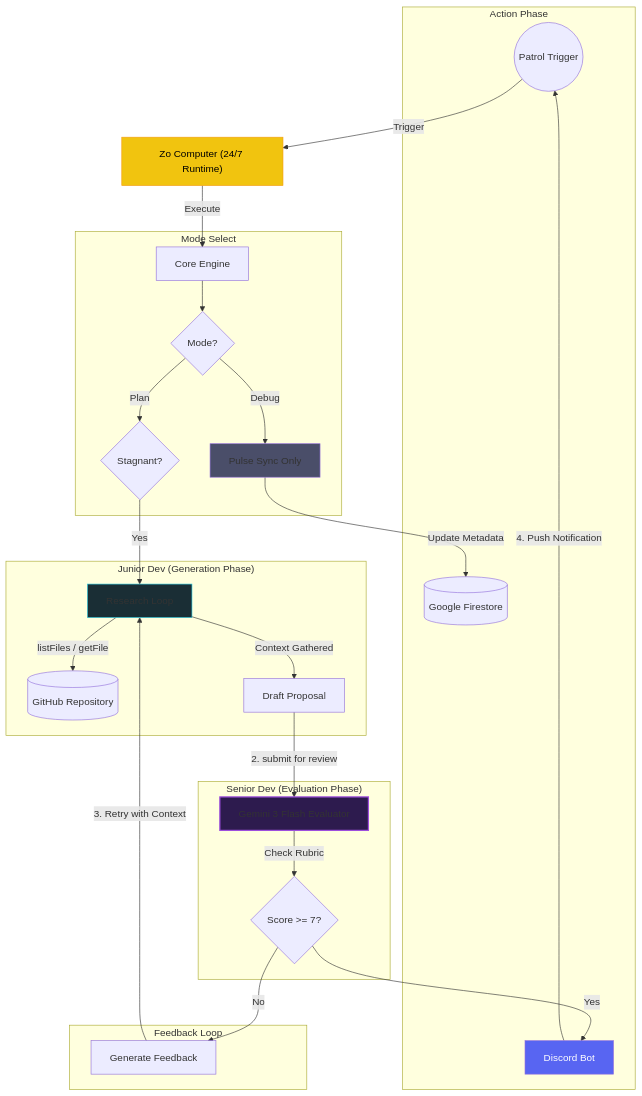
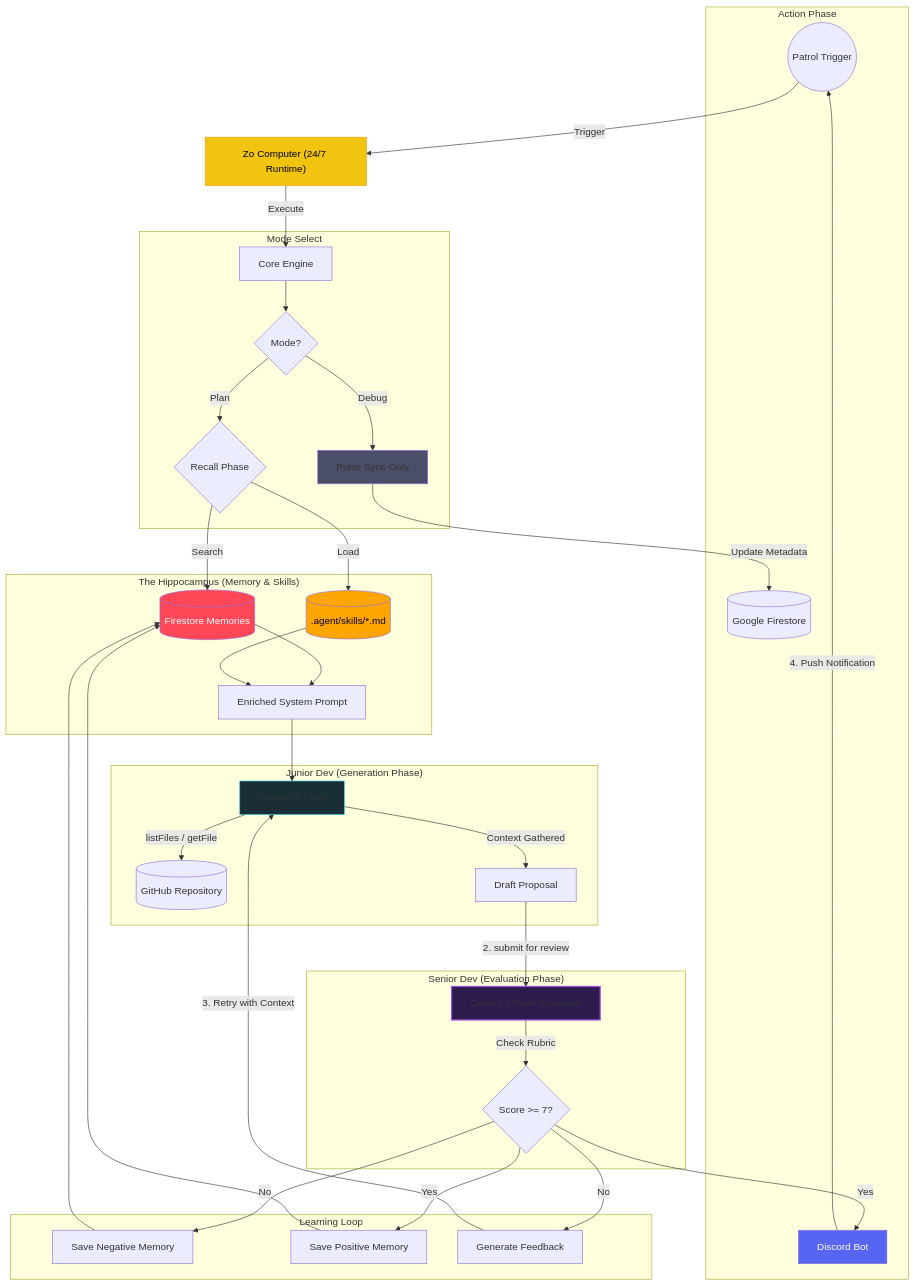
The first of 2 diagrams in README.md (nashy3k/momentum-shadow-dev), drawn with Mermaid before and after one commit. The commit also changed other lines of this file and 2 other files, not shown here.

Commit message:
feat: complete phase 9 evolution with human learning loop

````diff
--- a/README.md
+++ b/README.md
@@ -27,39 +27,50 @@
 ```mermaid
 graph TD
     UserEnd(("Patrol Trigger")) -->|Trigger| ZoHost["Zo Computer (24/7 Runtime)"]
     ZoHost -->|Execute| Core[Core Engine]
     
     subgraph "Mode Select"
         Core --> Mode{Mode?}
         Mode -->|Debug| Sync[Pulse Sync Only]
-        Mode -->|Plan| Detect{Stagnant?}
+        Mode -->|Plan| Recall{Recall Phase}
+    end
+
+    subgraph "The Hippocampus (Memory & Skills)"
+        Recall -->|Search| Memories[("Firestore Memories")]
+        Recall -->|Load| Skills[(".agent/skills/*.md")]
+        Memories & Skills --> Enriched[Enriched System Prompt]
     end
 
     subgraph "Junior Dev (Generation Phase)"
-        Detect -->|Yes| Research[Research Loop]
+        Enriched --> Research[Research Loop]
         Research -->|"listFiles / getFile"| Repo[("GitHub Repository")]
         Research -->|"Context Gathered"| Draft[Draft Proposal]
     end
 
     subgraph "Senior Dev (Evaluation Phase)"
         Draft -->|"2. submit for review"| Evaluator[Gemini 3 Flash Evaluator]
         Evaluator -->|"Check Rubric"| Score{"Score >= 7?"}
     end
 
-    subgraph "Feedback Loop"
+    subgraph "Learning Loop"
+        Score -->|"No"| LearnF[Save Negative Memory]
+        Score -->|"Yes"| LearnS[Save Positive Memory]
+        LearnF & LearnS --> Memories
         Score -->|"No"| Feedback["Generate Feedback"]
         Feedback -->|"3. Retry with Context"| Research
     end
 
     subgraph "Action Phase"
         Score -->|"Yes"| Discord[Discord Bot]
         Sync -->|Update Metadata| DB[("Google Firestore")]
         Discord -->|"4. Push Notification"| UserEnd
     end
 
     style Evaluator fill:#2d1b4e,stroke:#9d4edd,stroke-width:2px
     style Research fill:#1a2e35,stroke:#26c6da
     style Discord fill:#5865F2,color:white
     style Sync fill:#4a4e69
     style ZoHost fill:#f1c40f,color:black,stroke:#f39c12
+    style Memories fill:#ff4757,color:white
+    style Skills fill:#ffa502,color:black
 ```
````
